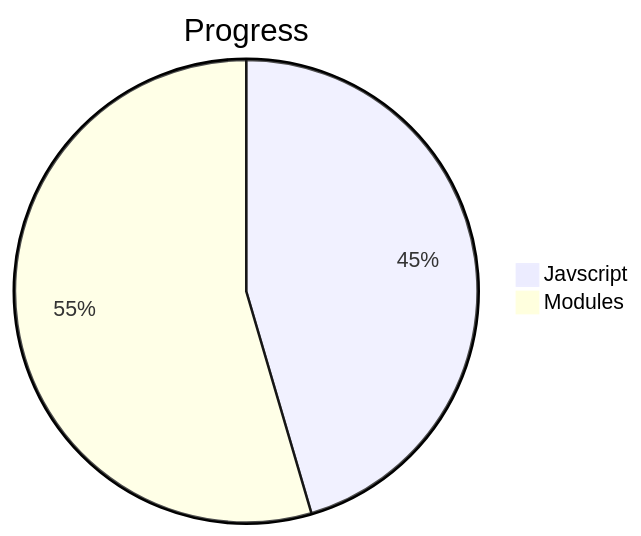
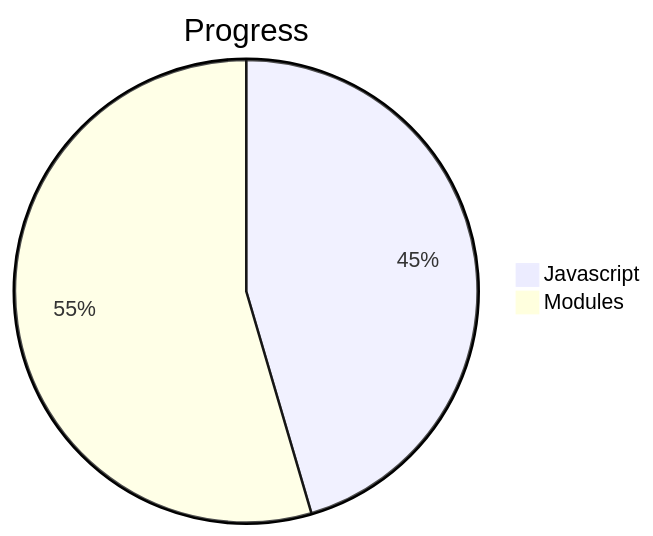
The diagram in Readme.md (BascodeFR/bascode.fr), drawn with Mermaid before and after one commit. The commit also changed 7 other files, not shown here.

````diff
--- a/Readme.md
+++ b/Readme.md
@@ -100,6 +100,6 @@
 ```mermaid
 pie
     title Progress
-    "Javscript" : 0.5
+    "Javascript" : 0.5
     "Modules" : 0.6
 ```
````
